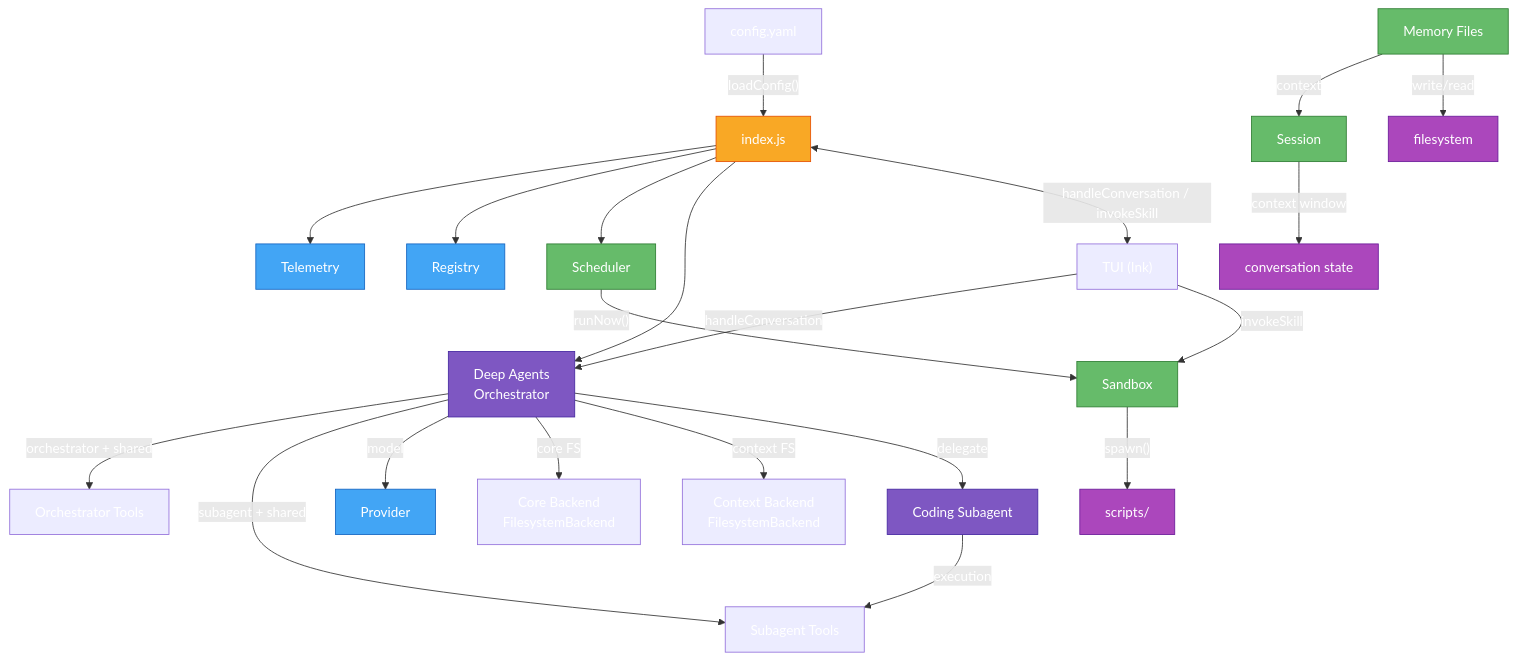
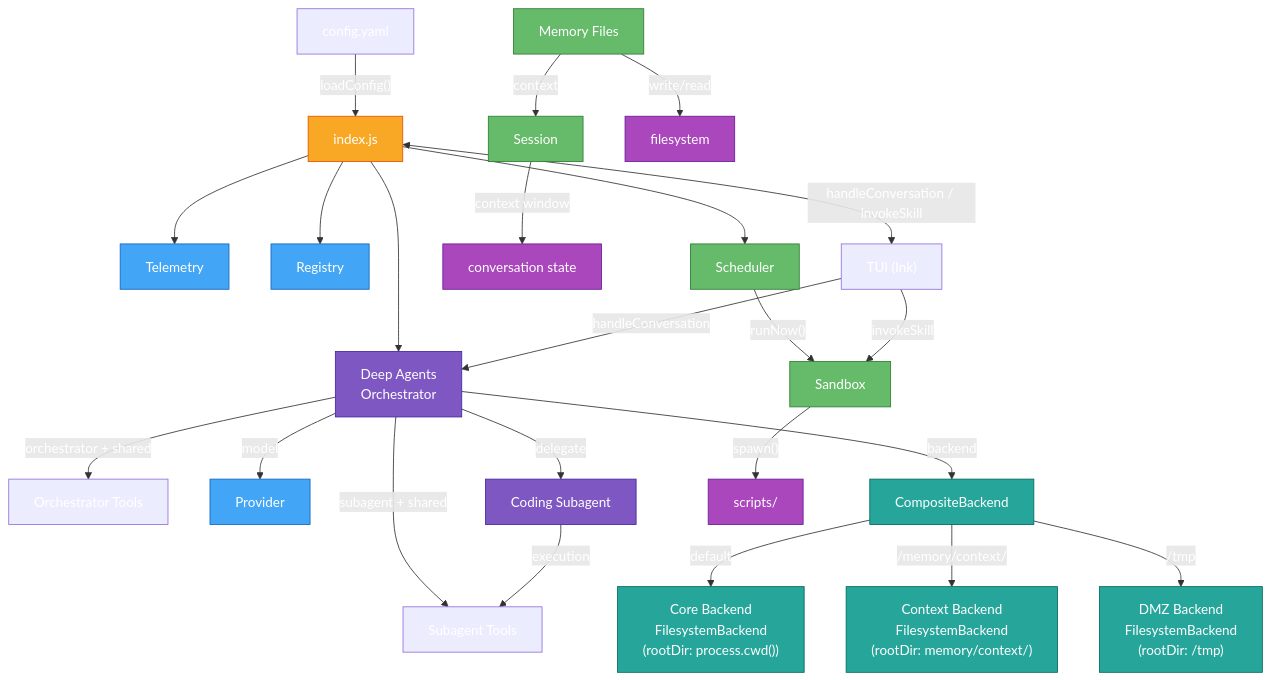
The diagram in docs/OVERVIEW.md (avoidwork/madz), drawn with Mermaid before and after one commit. The commit also changed other lines of this file and 27 other files, not shown here.

````diff
--- a/docs/OVERVIEW.md
+++ b/docs/OVERVIEW.md
@@ -9,34 +9,38 @@
 ```mermaid
 graph TD
     C["config.yaml"] -->|"loadConfig()"| I["index.js"]
     I --> T["Telemetry"]
     I --> R["Registry"]
     I --> S["Scheduler"]
     I --> DA["Deep Agents\nOrchestrator"]
     DA -->|"orchestrator + shared"| OT["Orchestrator Tools"]
     DA -->|"subagent + shared"| ST["Subagent Tools"]
     DA -->|"model"| P["Provider"]
-    DA -->|"core FS"| CB["Core Backend\nFilesystemBackend"]
-    DA -->|"context FS"| CTB["Context Backend\nFilesystemBackend"]
+    DA -->|"backend"| CB["CompositeBackend"]
+    CB -->|"default"| CFB["Core Backend\nFilesystemBackend\n(rootDir: process.cwd())"]
+    CB -->|"/memory/context/"| CTB["Context Backend\nFilesystemBackend\n(rootDir: memory/context/)"]
+    CB -->|"/tmp"| DB["DMZ Backend\nFilesystemBackend\n(rootDir: /tmp)"]
     DA -->|"delegate"| SA["Coding Subagent"]
     SA -->|"execution"| ST
     S -->|"runNow()"| SB["Sandbox"]
     SB -->|"spawn()"| SK["scripts/"]
     TM["Memory Files"] -->|"context"| SE["Session"]
     SE -->|context window| CW["conversation state"]
     TM -->|write/read| FS["filesystem"]
     UI["TUI (Ink)"] -->|"handleConversation"| DA
     UI -->|"invokeSkill"| SB
     I <-->|handleConversation / invokeSkill| UI
     classDef root fill:#f9a825,color:#fff,stroke:#e65100
     classDef core fill:#42a5f5,color:#fff,stroke:#1565c0
     classDef util fill:#66bb6a,color:#fff,stroke:#2e7d32
     classDef ext fill:#ab47bc,color:#fff,stroke:#6a1b9a
     classDef cache fill:#26a69a,color:#fff,stroke:#00695c
     classDef agent fill:#7e57c2,color:#fff,stroke:#4527a0
+    classDef backend fill:#26a69a,color:#fff,stroke:#00695c
     class I root
     class DA,P,T,R core
     class DA,SA agent
     class S,TM,SE,SB util
     class SK,CW,FS ext
+    class CB,CFB,CTB,DB backend
 ```
````
